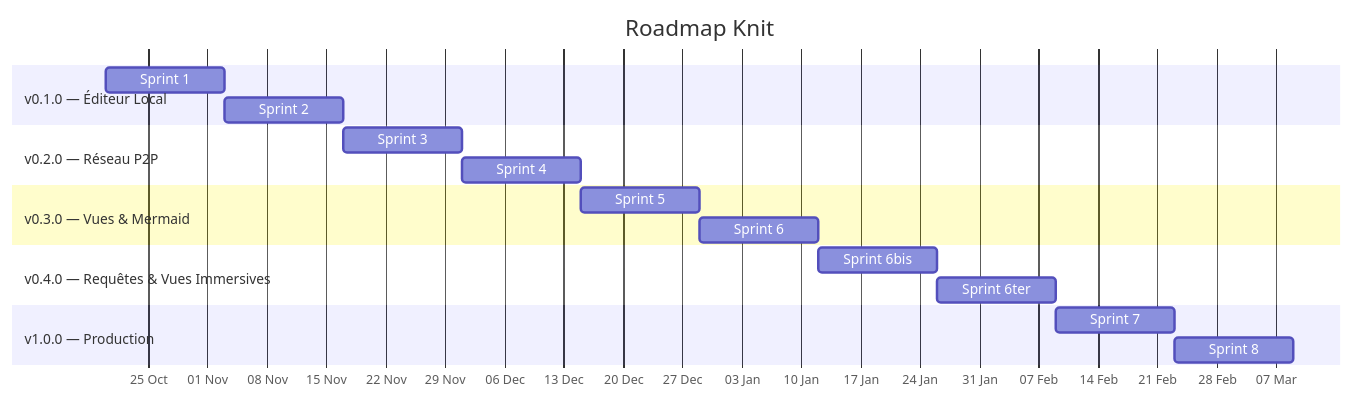
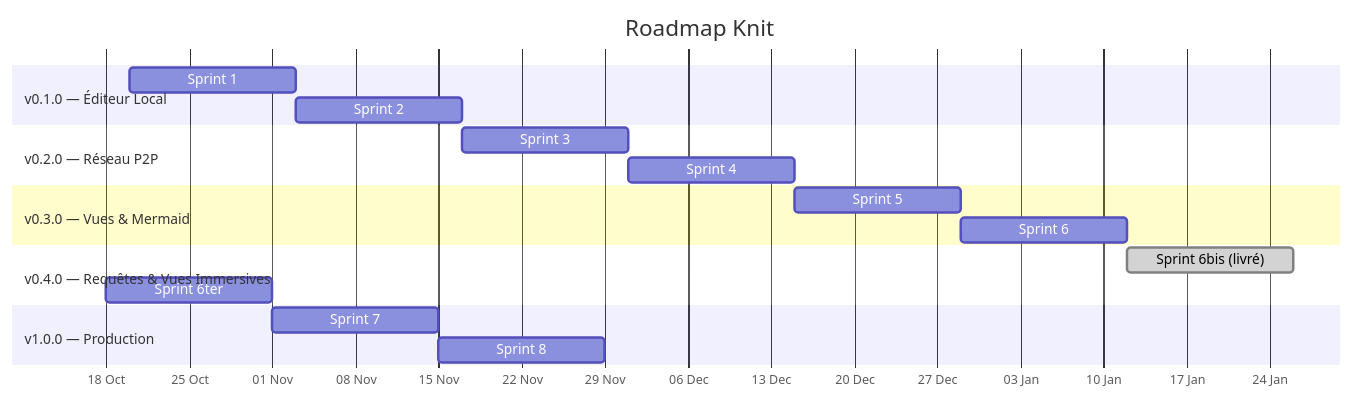
The diagram in versions/VERSIONING.md (Domaine-Tech/knit), drawn with Mermaid before and after one commit. The commit also changed 40 other files, not shown here.

First line of the commit message:
docs: clôture Sprint 6bis, demo_vault enrichi et sync règles IA (B-043)

````diff
--- a/versions/VERSIONING.md
+++ b/versions/VERSIONING.md
@@ -211,26 +211,26 @@
 ```mermaid
 gantt
     title Roadmap Knit
     dateFormat YYYY-MM-DD
     axisFormat %d %b
 
     section v0.1.0 — Éditeur Local
     Sprint 1 : s1, 2026-10-20, 14d
     Sprint 2 : s2, after s1, 14d
 
     section v0.2.0 — Réseau P2P
     Sprint 3 : s3, after s2, 14d
     Sprint 4 : s4, after s3, 14d
 
     section v0.3.0 — Vues & Mermaid
     Sprint 5 : s5, after s4, 14d
     Sprint 6 : s6, after s5, 14d
 
     section v0.4.0 — Requêtes & Vues Immersives
-    Sprint 6bis : s6b, after s6, 14d
-    Sprint 6ter : s6t, after s6b, 14d
+    Sprint 6bis (livré) : done, after s6, 14d
+    Sprint 6ter : s6t, after done, 14d
 
     section v1.0.0 — Production
     Sprint 7 : s7, after s6t, 14d
     Sprint 8 : s8, after s7, 14d
 ```
````
